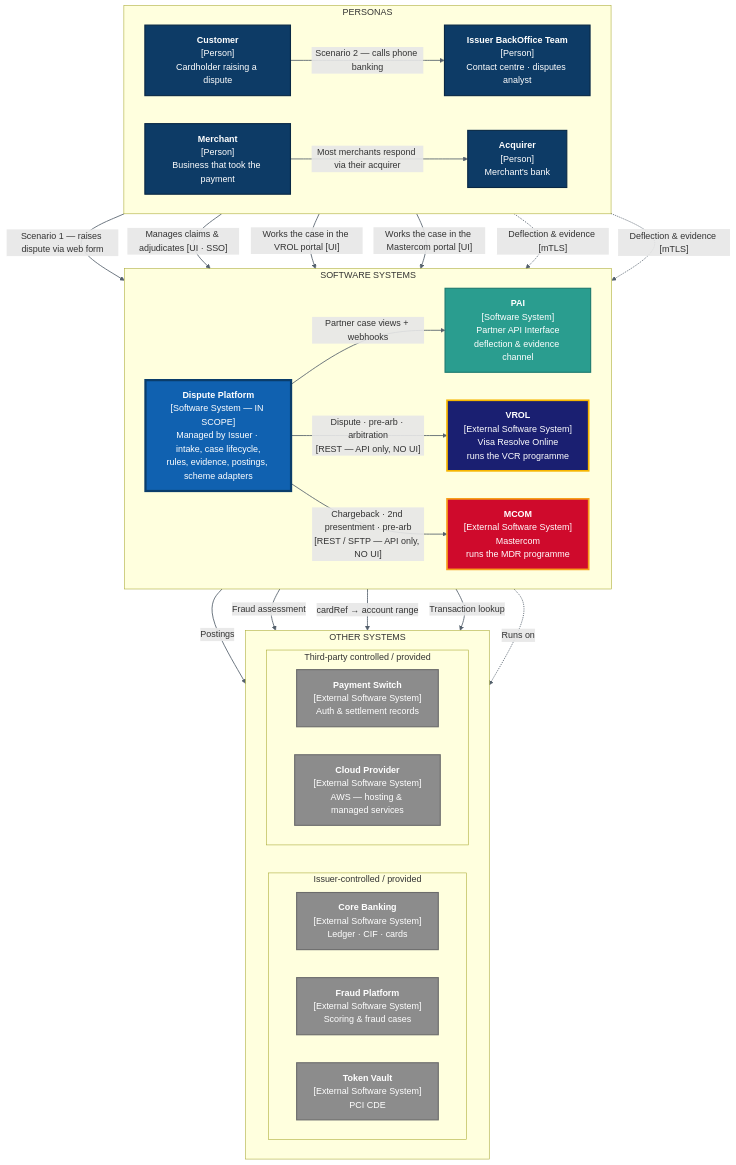
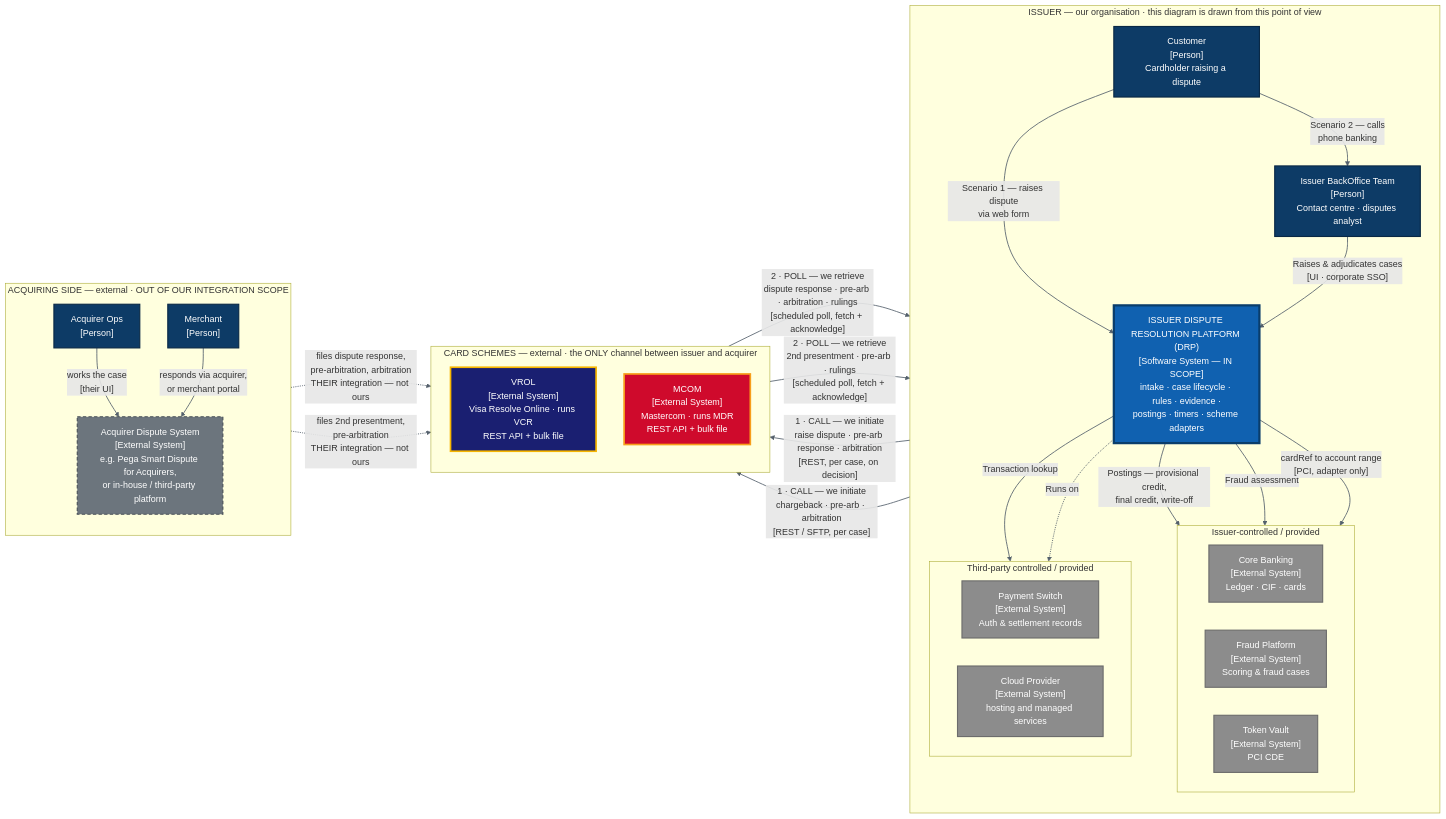
The diagram in diagrams/architecture/08-c4-l1-system-context.mmd (bmageshvec/poc-claims-resolution), drawn with Mermaid before and after one commit. The commit also changed 32 other files, not shown here.

```diff
--- a/diagrams/architecture/08-c4-l1-system-context.mmd
+++ b/diagrams/architecture/08-c4-l1-system-context.mmd
@@ -1,67 +1,67 @@
-flowchart TB
+flowchart LR
 
-    subgraph PERSONAS["PERSONAS"]
-        direction LR
-        CU["<b>Customer</b><br/>[Person]<br/>Cardholder raising a dispute"]
-        BO["<b>Issuer BackOffice Team</b><br/>[Person]<br/>Contact centre · disputes analyst"]
-        AC["<b>Acquirer</b><br/>[Person]<br/>Merchant's bank"]
-        ME["<b>Merchant</b><br/>[Person]<br/>Business that took the payment"]
-    end
-
-    subgraph SOFTWARE["SOFTWARE SYSTEMS"]
-        direction LR
-        PLAT["<b>Dispute Platform</b><br/>[Software System — IN SCOPE]<br/>Managed by Issuer · intake, case lifecycle,<br/>rules, evidence, postings, scheme adapters"]
-        PAI["<b>PAI</b><br/>[Software System]<br/>Partner API Interface<br/>deflection &amp; evidence channel"]
-        VROL["<b>VROL</b><br/>[External Software System]<br/>Visa Resolve Online<br/>runs the VCR programme"]
-        MCOM["<b>MCOM</b><br/>[External Software System]<br/>Mastercom<br/>runs the MDR programme"]
-    end
-
-    subgraph OTHER["OTHER SYSTEMS"]
-        direction LR
+    subgraph ISSUER["ISSUER — our organisation · this diagram is drawn from this point of view"]
+        direction TB
+        CU["Customer<br/>[Person]<br/>Cardholder raising a dispute"]
+        BO["Issuer BackOffice Team<br/>[Person]<br/>Contact centre · disputes analyst"]
+        DRP["ISSUER DISPUTE RESOLUTION PLATFORM (DRP)<br/>[Software System — IN SCOPE]<br/>intake · case lifecycle · rules · evidence ·<br/>postings · timers · scheme adapters"]
         subgraph ISSOWN["Issuer-controlled / provided"]
             direction LR
-            CBK["<b>Core Banking</b><br/>[External Software System]<br/>Ledger · CIF · cards"]
-            FRD["<b>Fraud Platform</b><br/>[External Software System]<br/>Scoring &amp; fraud cases"]
-            TV["<b>Token Vault</b><br/>[External Software System]<br/>PCI CDE"]
+            CBK["Core Banking<br/>[External System]<br/>Ledger · CIF · cards"]
+            FRD["Fraud Platform<br/>[External System]<br/>Scoring &amp; fraud cases"]
+            TV["Token Vault<br/>[External System]<br/>PCI CDE"]
         end
         subgraph THIRD["Third-party controlled / provided"]
             direction LR
-            SW["<b>Payment Switch</b><br/>[External Software System]<br/>Auth &amp; settlement records"]
-            CLD["<b>Cloud Provider</b><br/>[External Software System]<br/>AWS — hosting &amp; managed services"]
+            SW["Payment Switch<br/>[External System]<br/>Auth &amp; settlement records"]
+            CLD["Cloud Provider<br/>[External System]<br/>hosting and managed services"]
         end
     end
 
-    CU -->|"Scenario 1 — raises dispute via web form"| PLAT
-    CU -->|"Scenario 2 — calls phone banking"| BO
-    BO -->|"Manages claims &amp; adjudicates [UI · SSO]"| PLAT
+    subgraph SCHEMES["CARD SCHEMES — external · the ONLY channel between issuer and acquirer"]
+        direction TB
+        VROL["VROL<br/>[External System]<br/>Visa Resolve Online · runs VCR<br/>REST API + bulk file"]
+        MCOM["MCOM<br/>[External System]<br/>Mastercom · runs MDR<br/>REST API + bulk file"]
+    end
 
-    AC -->|"Works the case in the VROL portal [UI]"| VROL
-    AC -->|"Works the case in the Mastercom portal [UI]"| MCOM
-    ME -->|"Most merchants respond via their acquirer"| AC
-    AC -.->|"Deflection &amp; evidence [mTLS]"| PAI
-    ME -.->|"Deflection &amp; evidence [mTLS]"| PAI
+    subgraph ACQSIDE["ACQUIRING SIDE — external · OUT OF OUR INTEGRATION SCOPE"]
+        direction TB
+        ADS["Acquirer Dispute System<br/>[External System]<br/>e.g. Pega Smart Dispute for Acquirers,<br/>or in-house / third-party platform"]
+        ACQ["Acquirer Ops<br/>[Person]"]
+        MER["Merchant<br/>[Person]"]
+    end
 
-    PLAT -->|"Partner case views + webhooks"| PAI
-    PLAT ==>|"Dispute · pre-arb · arbitration<br/>[REST — API only, NO UI]"| VROL
-    PLAT ==>|"Chargeback · 2nd presentment · pre-arb<br/>[REST / SFTP — API only, NO UI]"| MCOM
+    CU -->|"Scenario 1 — raises dispute<br/>via web form"| DRP
+    CU -->|"Scenario 2 — calls<br/>phone banking"| BO
+    BO -->|"Raises &amp; adjudicates cases<br/>[UI · corporate SSO]"| DRP
 
-    PLAT ==>|"Postings"| CBK
-    PLAT ==>|"Fraud assessment"| FRD
-    PLAT ==>|"cardRef → account range"| TV
-    PLAT ==>|"Transaction lookup"| SW
-    PLAT -.->|"Runs on"| CLD
+    DRP ==>|"1 · CALL — we initiate<br/>raise dispute · pre-arb response · arbitration<br/>[REST, per case, on decision]"| VROL
+    VROL ==>|"2 · POLL — we retrieve<br/>dispute response · pre-arb · arbitration · rulings<br/>[scheduled poll, fetch + acknowledge]"| DRP
+    DRP ==>|"1 · CALL — we initiate<br/>chargeback · pre-arb · arbitration<br/>[REST / SFTP, per case]"| MCOM
+    MCOM ==>|"2 · POLL — we retrieve<br/>2nd presentment · pre-arb · rulings<br/>[scheduled poll, fetch + acknowledge]"| DRP
+
+    ADS -.->|"files dispute response,<br/>pre-arbitration, arbitration<br/>THEIR integration — not ours"| VROL
+    ADS -.->|"files 2nd presentment,<br/>pre-arbitration<br/>THEIR integration — not ours"| MCOM
+    ACQ -->|"works the case<br/>[their UI]"| ADS
+    MER -->|"responds via acquirer,<br/>or merchant portal"| ADS
+
+    DRP ==>|"Postings — provisional credit,<br/>final credit, write-off"| CBK
+    DRP ==>|"Fraud assessment"| FRD
+    DRP ==>|"cardRef to account range<br/>[PCI, adapter only]"| TV
+    DRP ==>|"Transaction lookup"| SW
+    DRP -.->|"Runs on"| CLD
 
     classDef person  fill:#0D3B66,color:#FFFFFF,stroke:#092845,stroke-width:2px
     classDef inScope fill:#1061B0,color:#FFFFFF,stroke:#0A3D6B,stroke-width:4px
-    classDef ours    fill:#2A9D8F,color:#FFFFFF,stroke:#1D7A6F,stroke-width:2px
     classDef visa    fill:#1A1F71,color:#FFFFFF,stroke:#F7B600,stroke-width:3px
     classDef mcard   fill:#CF0A2C,color:#FFFFFF,stroke:#F79E1B,stroke-width:3px
     classDef ext     fill:#8C8C8C,color:#FFFFFF,stroke:#6C6C6C,stroke-width:2px
-    class CU,BO,AC,ME person
-    class PLAT inScope
-    class PAI ours
+    classDef acq     fill:#6C757D,color:#FFFFFF,stroke:#495057,stroke-width:2px,stroke-dasharray:6 4
+    class CU,BO,ACQ,MER person
+    class DRP inScope
     class VROL visa
     class MCOM mcard
     class CBK,FRD,TV,SW,CLD ext
+    class ADS acq
 
     linkStyle default stroke:#54606C,stroke-width:1.5px
```
